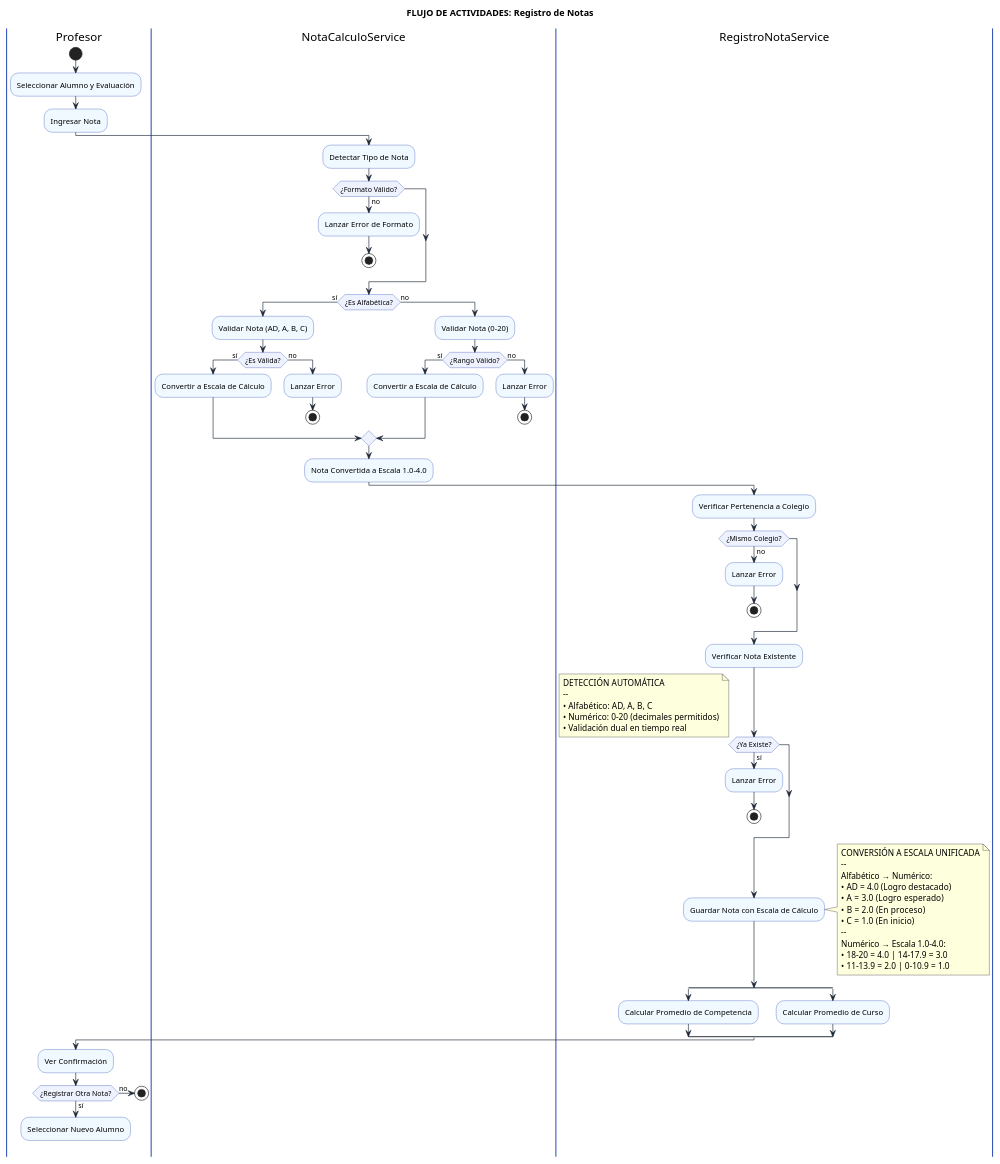
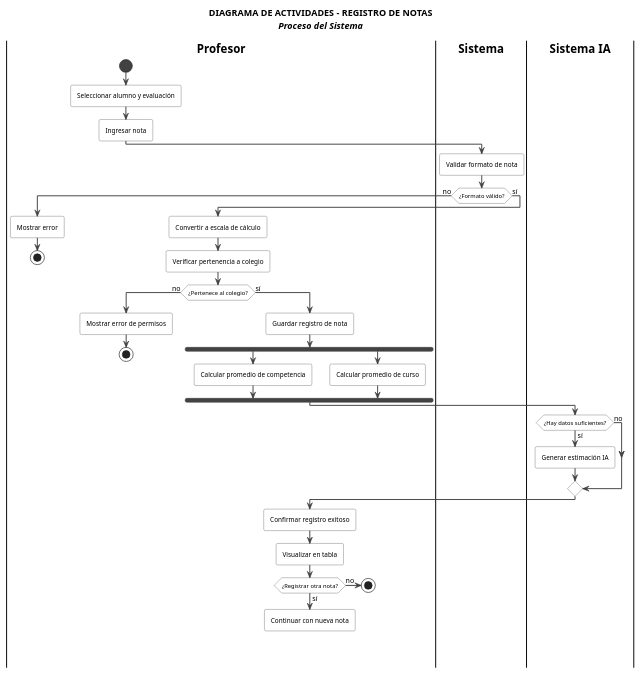
The diagram in diagramas/registro-notas/actividades-registro-notas.puml (CondePlocs/sistemnotas), drawn with PlantUML before and after one commit. The commit also changed 4 other files, not shown here.

```diff
--- a/diagramas/registro-notas/actividades-registro-notas.puml
+++ b/diagramas/registro-notas/actividades-registro-notas.puml
@@ -1,99 +1,77 @@
 @startuml Diagrama de Actividades - Registro de Notas
 
 skinparam {
-    ActivityBackgroundColor #F0F9FF
-    ActivityBorderColor #1E40AF
-    ActivityDiamondBackgroundColor #EEF2FF
-    ActivityDiamondBorderColor #1E40AF
-    ArrowColor #1F2937
-    PartitionBorderColor #1E40AF
-    SwimlaneBorderColor #1E40AF
+    ActivityBackgroundColor #FFFFFF
+    ActivityBorderColor #424242
+    ActivityFontSize 10
+    
+    ActivityDiamondBackgroundColor #FFFFFF
+    ActivityDiamondBorderColor #424242
+    ActivityDiamondFontSize 9
+    
+    ActivityStartColor #424242
+    ActivityEndColor #424242
+    ActivityBarColor #424242
+    
+    PartitionBackgroundColor #F8F9FA
+    PartitionBorderColor #424242
+    PartitionFontSize 11
+    
+    ArrowColor #424242
+    ArrowThickness 1.5
+    
+    Shadowing false
+    RoundCorner 5
 }
 
-title FLUJO DE ACTIVIDADES: Registro de Notas
+title **DIAGRAMA DE ACTIVIDADES - REGISTRO DE NOTAS**\n//Proceso del Sistema//
 
-|Profesor|
+|**Profesor**|
 start
-:Seleccionar Alumno y Evaluación;
-:Ingresar Nota;
+:Seleccionar alumno y evaluación;
+:Ingresar nota;
 
-|NotaCalculoService|
-:Detectar Tipo de Nota;
-if (¿Formato Válido?) then (no)
-    :Lanzar Error de Formato;
+|**Sistema**|
+:Validar formato de nota;
+
+if (¿Formato válido?) then (no)
+    |**Profesor**|
+    :Mostrar error;
     stop
-endif
-
-if (¿Es Alfabética?) then (sí)
-    :Validar Nota (AD, A, B, C);
-    if (¿Es Válida?) then (sí)
-        :Convertir a Escala de Cálculo;
-    else (no)
-        :Lanzar Error;
+else (sí)
+    :Convertir a escala de cálculo;
+    :Verificar pertenencia a colegio;
+    
+    if (¿Pertenece al colegio?) then (no)
+        |**Profesor**|
+        :Mostrar error de permisos;
         stop
-    endif
-else (no)
-    :Validar Nota (0-20);
-    if (¿Rango Válido?) then (sí)
-        :Convertir a Escala de Cálculo;
-    else (no)
-        :Lanzar Error;
-        stop
+    else (sí)
+        :Guardar registro de nota;
+        
+        fork
+            :Calcular promedio de competencia;
+        fork again
+            :Calcular promedio de curso;
+        end fork
+        
+        |**Sistema IA**|
+        if (¿Hay datos suficientes?) then (sí)
+            :Generar estimación IA;
+        else (no)
+        endif
+        
+        |**Profesor**|
+        :Confirmar registro exitoso;
+        :Visualizar en tabla;
+        
+        if (¿Registrar otra nota?) then (sí)
+            :Continuar con nueva nota;
+            detach
+        else (no)
+            stop
+        endif
     endif
 endif
 
-:Nota Convertida a Escala 1.0-4.0;
-
-|RegistroNotaService|
-:Verificar Pertenencia a Colegio;
-if (¿Mismo Colegio?) then (no)
-    :Lanzar Error;
-    stop
-endif
-
-:Verificar Nota Existente;
-if (¿Ya Existe?) then (sí)
-    :Lanzar Error;
-    stop
-endif
-
-note right
-  DETECCIÓN AUTOMÁTICA
-  --
-  • Alfabético: AD, A, B, C
-  • Numérico: 0-20 (decimales permitidos)
-  • Validación dual en tiempo real
-end note
-
-:Guardar Nota con Escala de Cálculo;
-
-note right
-  CONVERSIÓN A ESCALA UNIFICADA
-  --
-  Alfabético → Numérico:
-  • AD = 4.0 (Logro destacado)
-  • A  = 3.0 (Logro esperado)
-  • B  = 2.0 (En proceso)
-  • C  = 1.0 (En inicio)
-  --
-  Numérico → Escala 1.0-4.0:
-  • 18-20 = 4.0 | 14-17.9 = 3.0
-  • 11-13.9 = 2.0 | 0-10.9 = 1.0
-end note
-
-split
-    :Calcular Promedio de Competencia;
-split again
-    :Calcular Promedio de Curso;
-end split
-
-|Profesor|
-:Ver Confirmación;
-if (¿Registrar Otra Nota?) then (sí)
-    :Seleccionar Nuevo Alumno;
-    detach
-else (no)
-    stop
-endif
-
 @enduml
```
